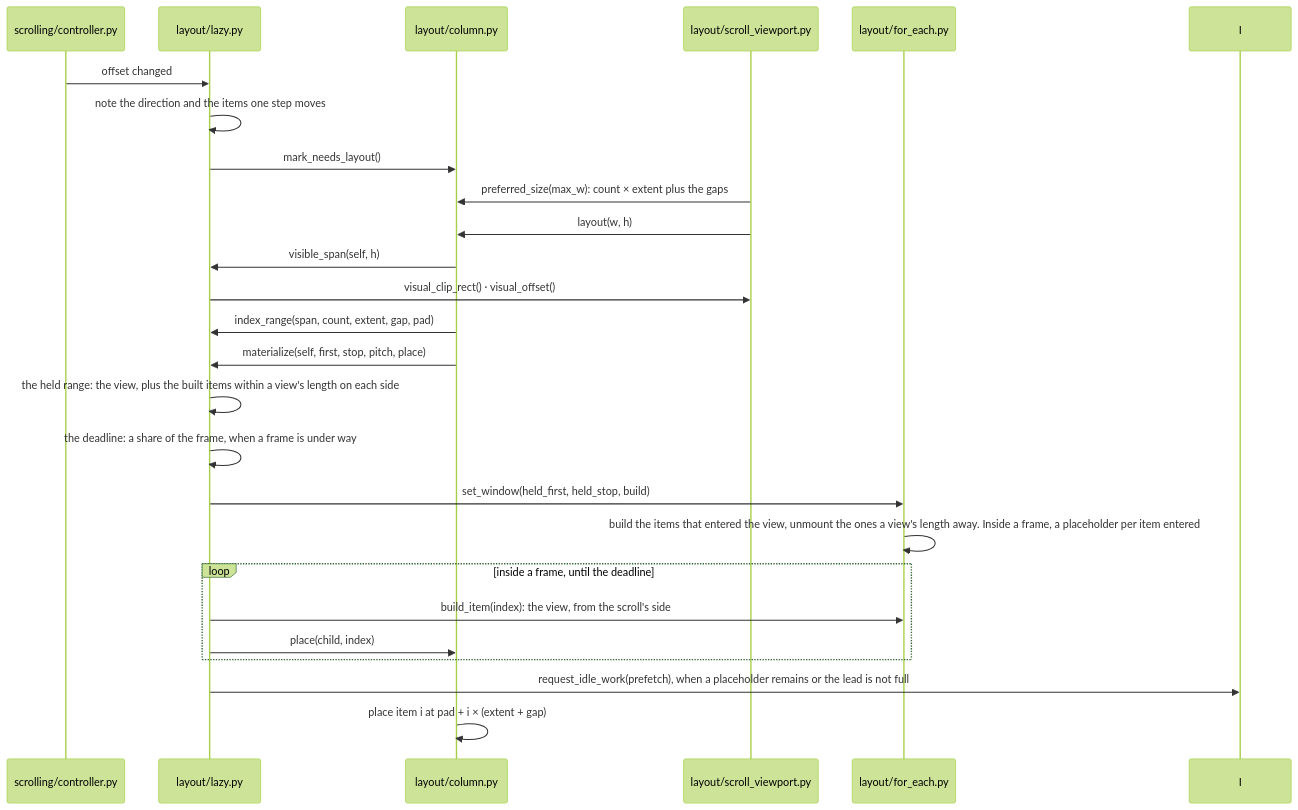
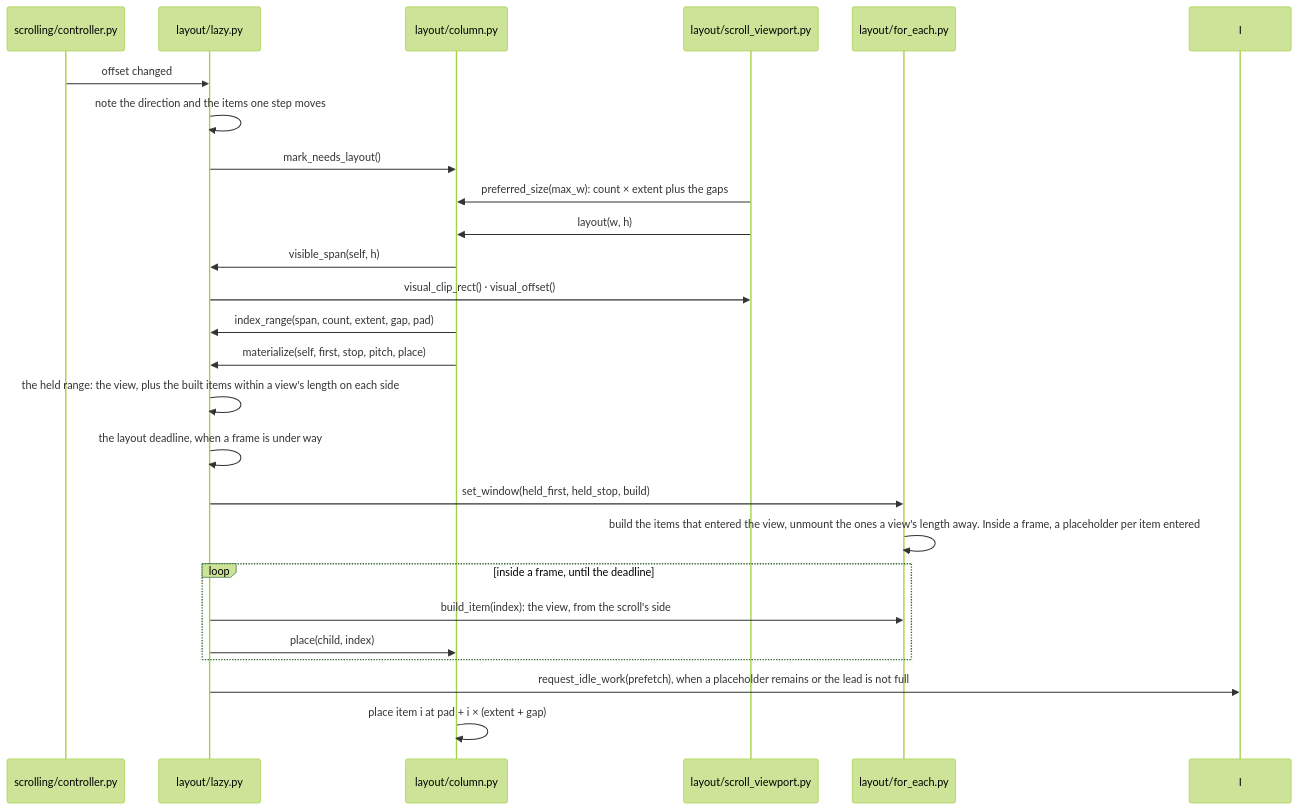
Before and after one commit to yuksblog/nuiitivet: the seventh of 11 diagrams in docs/design/LAYOUT.md, drawn with Mermaid (forest theme). The commit also changed other lines of this file and 15 other files, not shown here.

First line of the commit message:
perf(layout): a pass inside a frame stops at a child its parent sized

````diff
--- a/docs/design/LAYOUT.md
+++ b/docs/design/LAYOUT.md
@@ -222,28 +228,28 @@
 ```mermaid
 sequenceDiagram
     participant S as scrolling/controller.py
     participant L as layout/lazy.py
     participant C as layout/column.py
     participant V as layout/scroll_viewport.py
     participant F as layout/for_each.py
 
     S->>L: offset changed
     L->>L: note the direction and the items one step moves
     L->>C: mark_needs_layout()
     V->>C: preferred_size(max_w): count × extent plus the gaps
     V->>C: layout(w, h)
     C->>L: visible_span(self, h)
     L->>V: visual_clip_rect() · visual_offset()
     C->>L: index_range(span, count, extent, gap, pad)
     C->>L: materialize(self, first, stop, pitch, place)
     L->>L: the held range: the view, plus the built items within a view's length on each side
-    L->>L: the deadline: a share of the frame, when a frame is under way
+    L->>L: the layout deadline, when a frame is under way
     L->>F: set_window(held_first, held_stop, build)
     F->>F: build the items that entered the view, unmount the ones a view's length away. Inside a frame, a placeholder per item entered
     loop inside a frame, until the deadline
         L->>F: build_item(index): the view, from the scroll's side
         L->>C: place(child, index)
     end
     L->>I: request_idle_work(prefetch), when a placeholder remains or the lead is not full
     C->>C: place item i at pad + i × (extent + gap)
 ```
````
